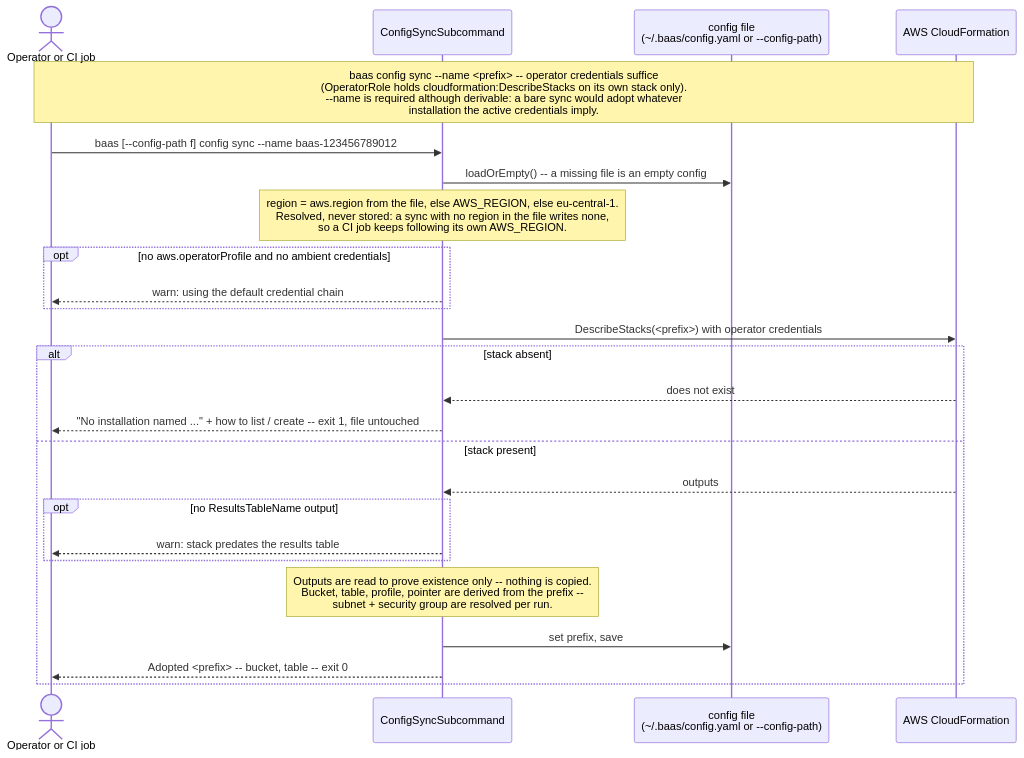
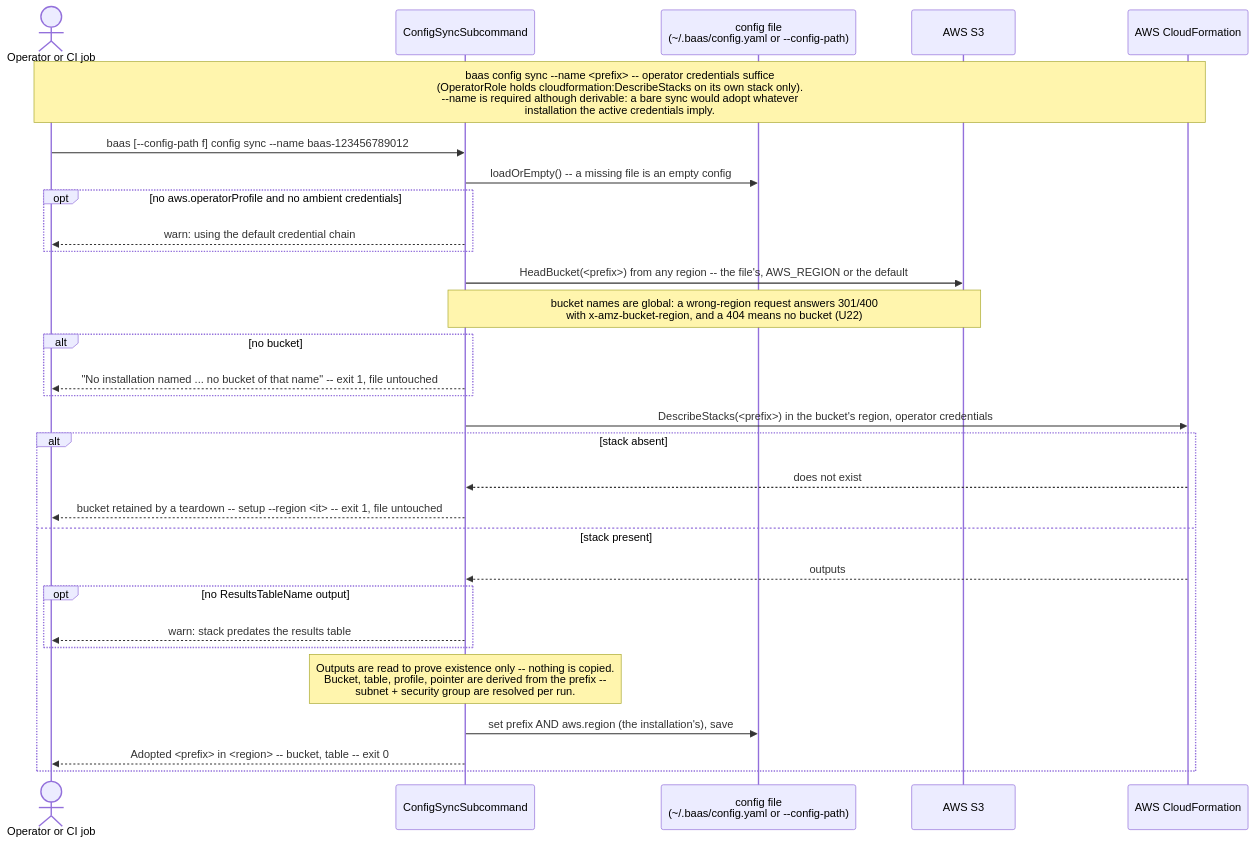
Before and after one commit to wsztajerowski/benchmark-as-a-service: the diagram in docs/diagrams/baas-config-sync.mmd, drawn with Mermaid. The commit also changed 8 other files, not shown here.

First line of the commit message:
feat(cli): choose the region only at setup and find it on sync (U22)

```diff
--- a/docs/diagrams/baas-config-sync.mmd
+++ b/docs/diagrams/baas-config-sync.mmd
@@ -1,26 +1,31 @@
 sequenceDiagram
     actor User as Operator or CI job
     participant CS as ConfigSyncSubcommand
     participant CFG as config file<br/>(~/.baas/config.yaml or --config-path)
+    participant S3 as AWS S3
     participant CF as AWS CloudFormation
 
     Note over User,CF: baas config sync --name <prefix> -- operator credentials suffice<br/>(OperatorRole holds cloudformation:DescribeStacks on its own stack only).<br/>--name is required although derivable: a bare sync would adopt whatever<br/>installation the active credentials imply.
     User->>CS: baas [--config-path f] config sync --name baas-123456789012
     CS->>CFG: loadOrEmpty() -- a missing file is an empty config
-    Note over CS: region = aws.region from the file, else AWS_REGION, else eu-central-1.<br/>Resolved, never stored: a sync with no region in the file writes none,<br/>so a CI job keeps following its own AWS_REGION.
     opt no aws.operatorProfile and no ambient credentials
         CS-->>User: warn: using the default credential chain
     end
-    CS->>CF: DescribeStacks(<prefix>) with operator credentials
+    CS->>S3: HeadBucket(<prefix>) from any region -- the file's, AWS_REGION or the default
+    Note over CS,S3: bucket names are global: a wrong-region request answers 301/400<br/>with x-amz-bucket-region, and a 404 means no bucket (U22)
+    alt no bucket
+        CS-->>User: "No installation named ... no bucket of that name" -- exit 1, file untouched
+    end
+    CS->>CF: DescribeStacks(<prefix>) in the bucket's region, operator credentials
     alt stack absent
         CF-->>CS: does not exist
-        CS-->>User: "No installation named ..." + how to list / create -- exit 1, file untouched
+        CS-->>User: bucket retained by a teardown -- setup --region <it> -- exit 1, file untouched
     else stack present
         CF-->>CS: outputs
         opt no ResultsTableName output
             CS-->>User: warn: stack predates the results table
         end
         Note over CS: Outputs are read to prove existence only -- nothing is copied.<br/>Bucket, table, profile, pointer are derived from the prefix --<br/>subnet + security group are resolved per run.
-        CS->>CFG: set prefix, save
-        CS-->>User: Adopted <prefix> -- bucket, table -- exit 0
+        CS->>CFG: set prefix AND aws.region (the installation's), save
+        CS-->>User: Adopted <prefix> in <region> -- bucket, table -- exit 0
     end
```
